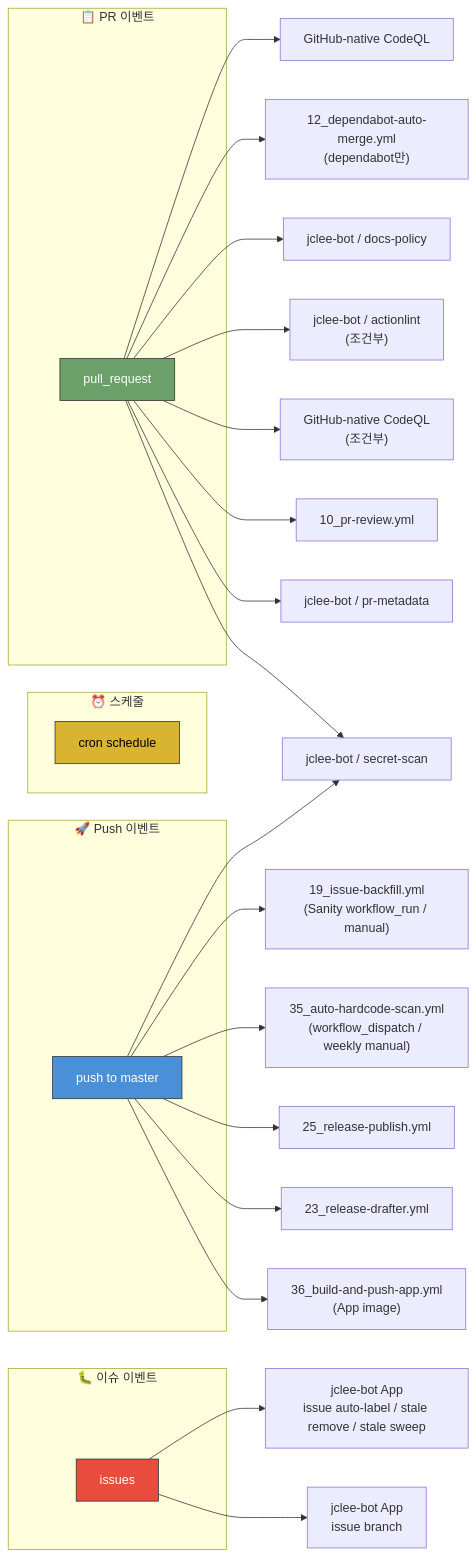
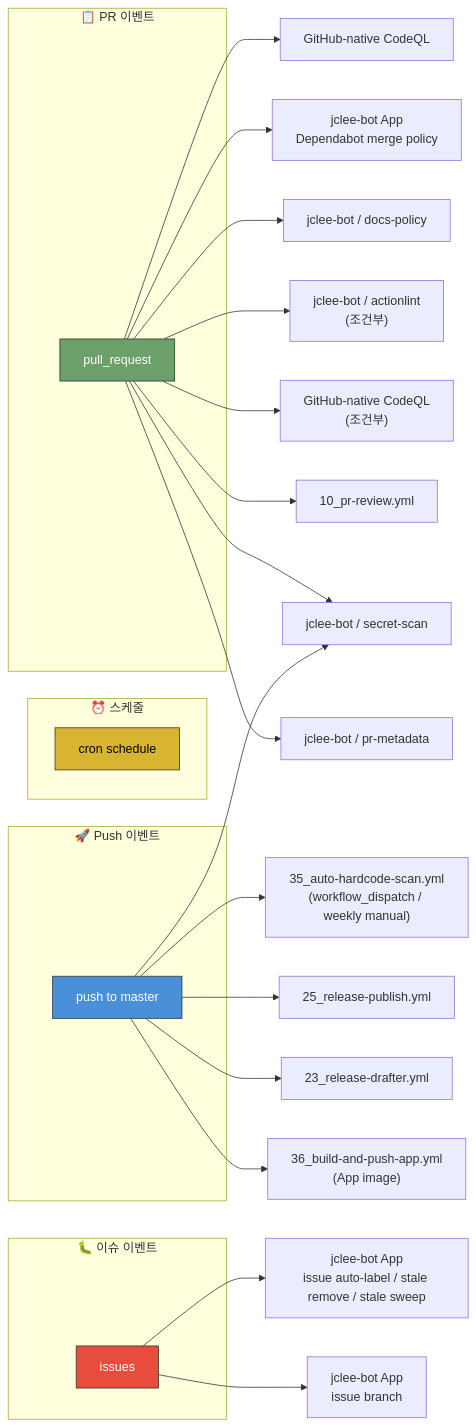
Before and after one commit to jclee941/.github: the seventh of 10 diagrams in docs/architecture.md, drawn with Mermaid. The commit also changed other lines of this file and 13 other files, not shown here.

````diff
--- a/docs/architecture.md
+++ b/docs/architecture.md
@@ -285,43 +280,42 @@
 ```mermaid
 flowchart LR
     subgraph PR_Events["📋 PR 이벤트"]
         PR["pull_request"]
     end
     
     subgraph Push_Events["🚀 Push 이벤트"]
         PUSH["push to master"]
     end
     
     subgraph Schedule_Events["⏰ 스케줄"]
         CRON["cron schedule"]
     end
     
     subgraph Issue_Events["🐛 이슈 이벤트"]
         ISSUE["issues"]
     end
     
     PR --> PR_CHECK["jclee-bot / pr-metadata"]
     PR --> PR_REVIEW["10_pr-review.yml"]
     PR --> GITLEAKS["jclee-bot / secret-scan"]
     PR --> CODEQL["GitHub-native CodeQL<br/>(조건부)"]
     PR --> ACTIONLINT["jclee-bot / actionlint<br/>(조건부)"]
     PR --> DOCS["jclee-bot / docs-policy"]
-    PR --> DEPENDABOT["12_dependabot-auto-merge.yml<br/>(dependabot만)"]
+    PR --> DEPENDABOT["jclee-bot App<br/>Dependabot merge policy"]
     
     PUSH --> APP_BUILD["36_build-and-push-app.yml<br/>(App image)"]
     PUSH --> RELEASE_D["23_release-drafter.yml"]
     PUSH --> RELEASE_P["25_release-publish.yml"]
     PUSH --> GITLEAKS
     
     PUSH --> HARDSCAN["35_auto-hardcode-scan.yml<br/>(workflow_dispatch / weekly manual)"]
-    PUSH --> ISSUE_BACK["19_issue-backfill.yml<br/>(Sanity workflow_run / manual)"]
     PR --> CODEQL_S["GitHub-native CodeQL"]
     
     ISSUE --> ISSUE_BRANCH["jclee-bot App<br/>issue branch"]
     ISSUE --> ISSUE_MGMT["jclee-bot App<br/>issue auto-label / stale remove / stale sweep"]
     
     style PR fill:#6ba06a,stroke:#333,color:#fff
     style PUSH fill:#4a90d9,stroke:#333,color:#fff
     style CRON fill:#d9b430,stroke:#333,color:#000
     style ISSUE fill:#e74c3c,stroke:#333,color:#fff
 ```
````
